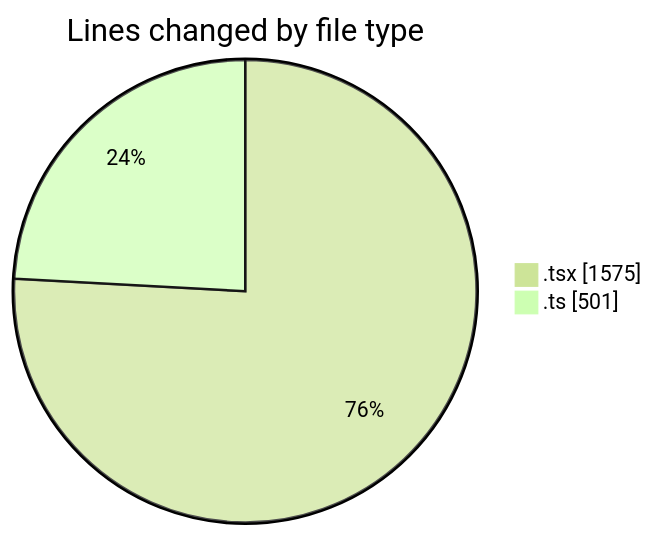
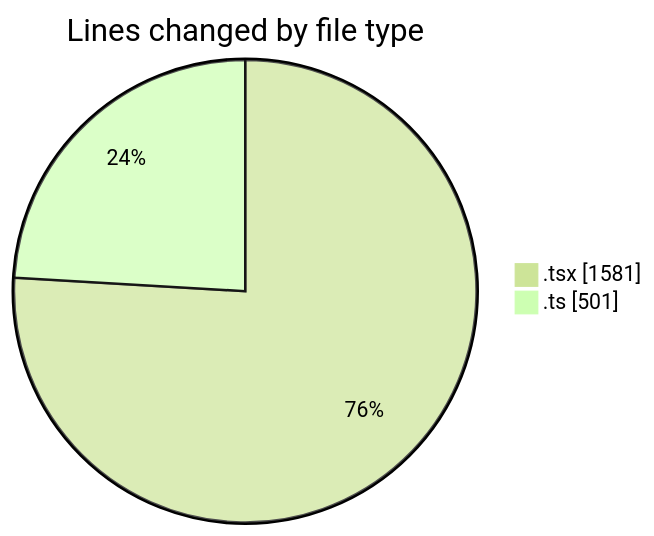
The first of 2 diagrams in 2025-05-20/mbc-web/README.md (robertbonfada/code-tracking), drawn with Mermaid (forest theme) before and after one commit. The commit also changed other lines of this file and 1 other file, not shown here.

````diff
--- a/2025-05-20/mbc-web/README.md
+++ b/2025-05-20/mbc-web/README.md
@@ -27,6 +27,6 @@
 ```mermaid
 pie showData
 title Lines changed by file type
-".tsx" : 1575
+".tsx" : 1581
 ".ts" : 501
 ```
````
